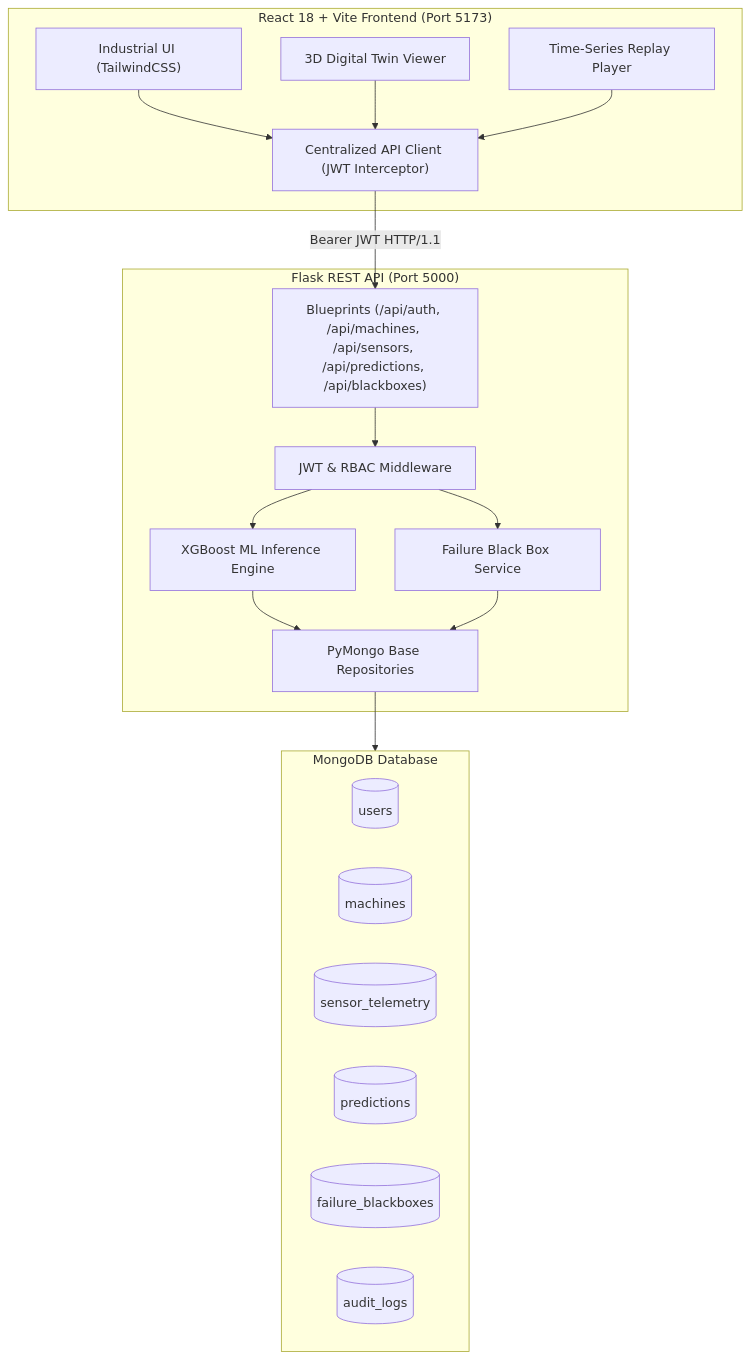
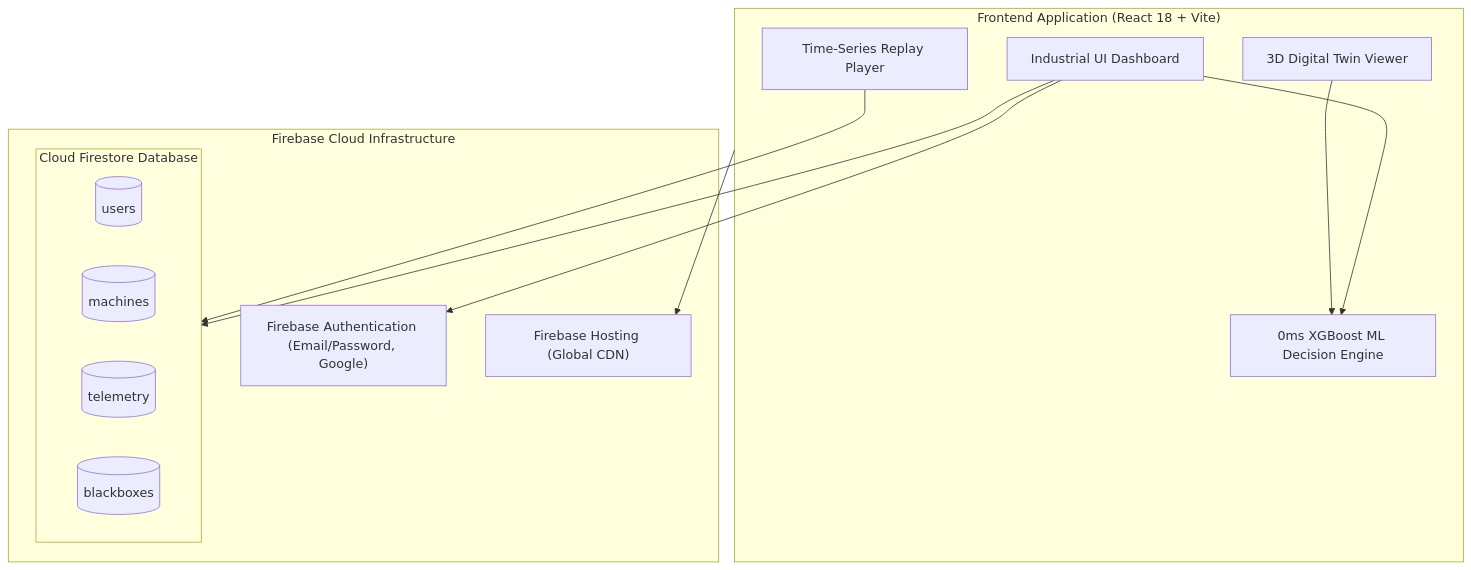
Before and after one commit to Pranav7758051011/AI-Predictive-Maintenance-Failure-BlackBox: the first of 2 diagrams in README.md, drawn with Mermaid. The commit also changed other lines of this file and 69 other files, not shown here.

Commit message:
chore: migrate complete backend to Firebase Cloud Firestore and remove legacy backend files

````diff
--- a/README.md
+++ b/README.md
@@ -55,37 +56,28 @@
 ```mermaid
 flowchart TD
-    subgraph Frontend["React 18 + Vite Frontend (Port 5173)"]
-        UI["Industrial UI (TailwindCSS)"]
+    subgraph Client["Frontend Application (React 18 + Vite)"]
+        UI["Industrial UI Dashboard"]
         Twin["3D Digital Twin Viewer"]
         Replay["Time-Series Replay Player"]
-        APIClient["Centralized API Client (JWT Interceptor)"]
+        MLEngine["0ms XGBoost ML Decision Engine"]
     end
 
-    subgraph Backend["Flask REST API (Port 5000)"]
-        BP["Blueprints (/api/auth, /api/machines, /api/sensors, /api/predictions, /api/blackboxes)"]
-        AuthMiddleware["JWT & RBAC Middleware"]
-        MLService["XGBoost ML Inference Engine"]
-        BBService["Failure Black Box Service"]
-        Repo["PyMongo Base Repositories"]
+    subgraph Firebase["Firebase Cloud Infrastructure"]
+        Auth["Firebase Authentication (Email/Password, Google)"]
+        Hosting["Firebase Hosting (Global CDN)"]
+        
+        subgraph Firestore["Cloud Firestore Database"]
+            ColUsers[("users")]
+            ColMachines[("machines")]
+            ColTelemetry[("telemetry")]
+            ColBlackbox[("blackboxes")]
+        end
     end
 
-    subgraph Database["MongoDB Database"]
-        ColUsers[("users")]
-        ColMachines[("machines")]
-        ColSensors[("sensor_telemetry")]
-        ColPreds[("predictions")]
-        ColBB[("failure_blackboxes")]
-        ColAudit[("audit_logs")]
-    end
-
-    UI --> APIClient
-    Twin --> APIClient
-    Replay --> APIClient
-    APIClient -->|Bearer JWT HTTP/1.1| BP
-    BP --> AuthMiddleware
-    AuthMiddleware --> MLService
-    AuthMiddleware --> BBService
-    MLService --> Repo
-    BBService --> Repo
-    Repo --> Database
+    UI --> Auth
+    UI --> MLEngine
+    UI --> Firestore
+    Twin --> MLEngine
+    Replay --> Firestore
+    Client --> Hosting
 ```
````
